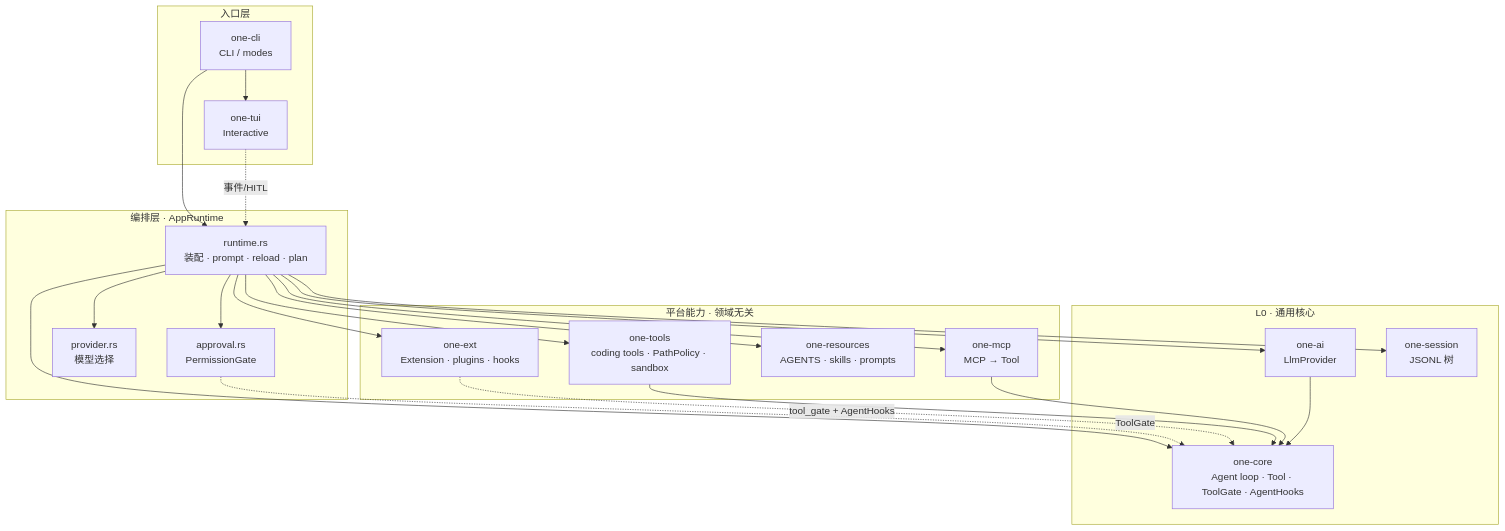
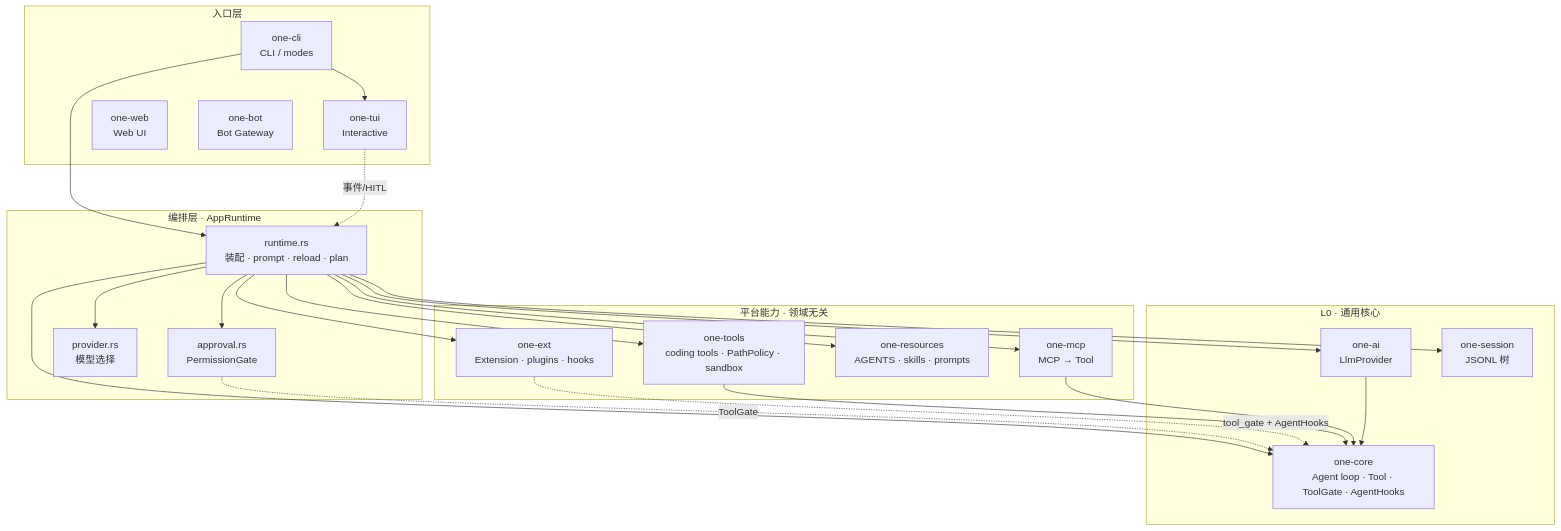
Before and after one commit to zhangsanfeng1094/one: the first of 6 diagrams in docs/architecture.md, drawn with Mermaid. The commit also changed other lines of this file and 25 other files, not shown here.

Commit message:
feat(bot): add multi-channel bot gateway

````diff
--- a/docs/architecture.md
+++ b/docs/architecture.md
@@ -15,44 +15,46 @@
 ```mermaid
 flowchart TB
   subgraph UI["入口层"]
     CLI["one-cli<br/>CLI / modes"]
     TUI["one-tui<br/>Interactive"]
+    WEB["one-web<br/>Web UI"]
+    BOT["one-bot<br/>Bot Gateway"]
   end
 
   subgraph ORCH["编排层 · AppRuntime"]
     RT["runtime.rs<br/>装配 · prompt · reload · plan"]
     APPR["approval.rs<br/>PermissionGate"]
     PROV["provider.rs<br/>模型选择"]
   end
 
   subgraph CORE["L0 · 通用核心"]
     AC["one-core<br/>Agent loop · Tool · ToolGate · AgentHooks"]
     AI["one-ai<br/>LlmProvider"]
     SES["one-session<br/>JSONL 树"]
   end
 
   subgraph PLATFORM["平台能力 · 领域无关"]
     TOOLS["one-tools<br/>coding tools · PathPolicy · sandbox"]
     MCP["one-mcp<br/>MCP → Tool"]
     RES["one-resources<br/>AGENTS · skills · prompts"]
     EXT["one-ext<br/>Extension · plugins · hooks"]
   end
 
   CLI --> RT
   CLI --> TUI
   TUI -.->|事件/HITL| RT
   RT --> AC
   RT --> AI
   RT --> SES
   RT --> TOOLS
   RT --> MCP
   RT --> RES
   RT --> EXT
   RT --> APPR
   RT --> PROV
   APPR -.->|ToolGate| AC
   EXT -.->|tool_gate + AgentHooks| AC
   TOOLS --> AC
   MCP --> AC
   AI --> AC
 ```
````
